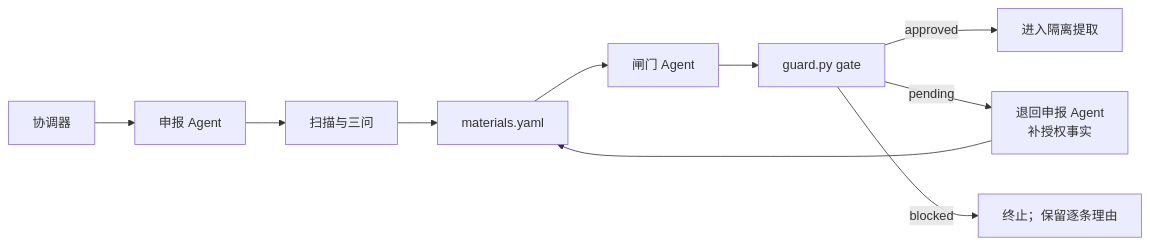
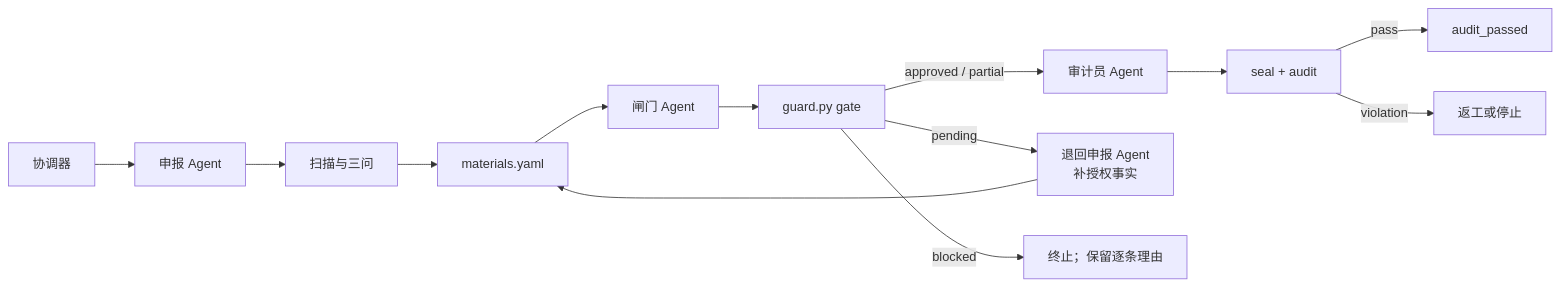
One commit to CACO3hardness/distillguard changed the diagram in docs/multi_agent.md. Above: the diagram before and after it, drawn with Mermaid. The commit also changed other lines of this file and 9 other files, not shown here.

````diff
--- a/docs/multi_agent.md
+++ b/docs/multi_agent.md
@@ -14,12 +15,15 @@
 ```mermaid
 flowchart LR
     C["协调器"] --> D["申报 Agent"]
     D --> S["扫描与三问"]
     S --> M["materials.yaml"]
     M --> G["闸门 Agent"]
     G --> R["guard.py gate"]
-    R -->|"approved"| A["进入隔离提取"]
+    R -->|"approved / partial"| A["审计员 Agent"]
     R -->|"pending"| P["退回申报 Agent<br/>补授权事实"]
     P --> M
     R -->|"blocked"| X["终止；保留逐条理由"]
+    A --> Q["seal + audit"]
+    Q -->|"pass"| OK["audit_passed"]
+    Q -->|"violation"| F["返工或停止"]
 ```
````
